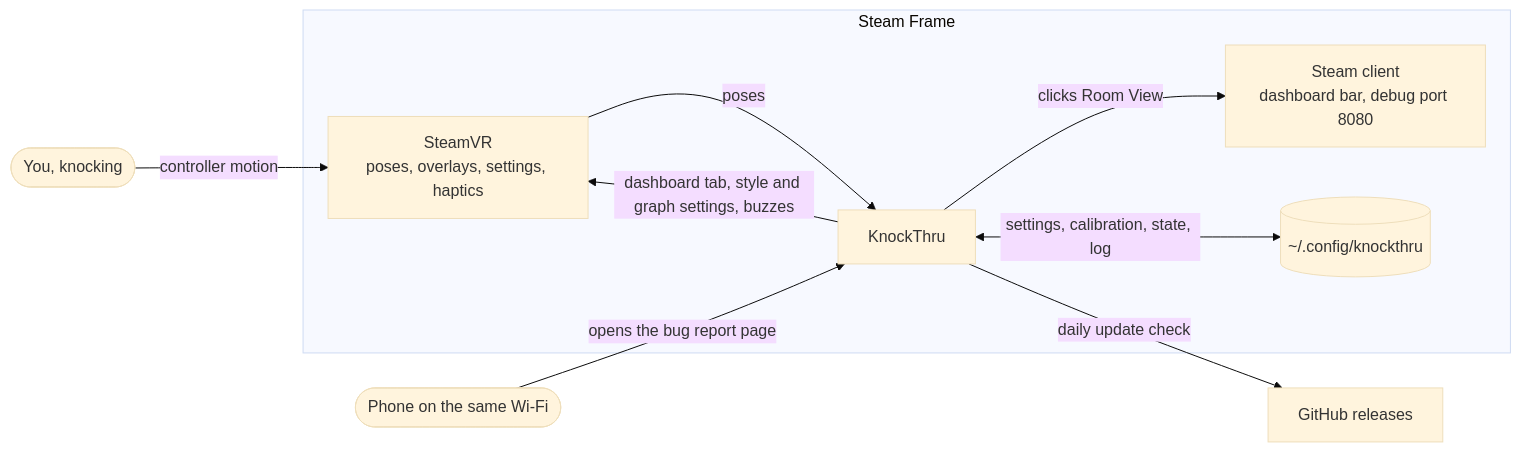
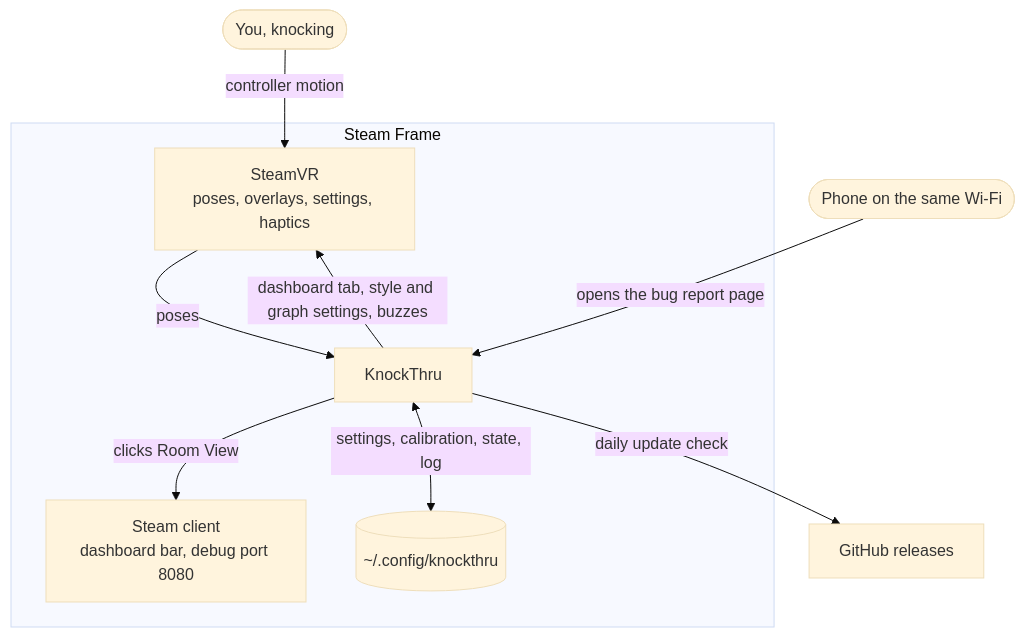
The first of 3 diagrams in docs/how-the-app-works.md (VioletTides/KnockThru), drawn with Mermaid (base theme) before and after one commit. The commit also changed other lines of this file, not shown here.

First line of the commit message:
Lay out the app diagrams for GitHub's renderer

````diff
--- a/docs/how-the-app-works.md
+++ b/docs/how-the-app-works.md
@@ -7,20 +7,20 @@
 ```mermaid
-flowchart LR
+flowchart TB
     you([You, knocking])
     subgraph frame [Steam Frame]
         steamvr[SteamVR<br/>poses, overlays, settings, haptics]
         kt[KnockThru]
         steam[Steam client<br/>dashboard bar, debug port 8080]
         files[(~/.config/knockthru)]
     end
     github[GitHub releases]
     phone([Phone on the same Wi-Fi])
 
     you -->|controller motion| steamvr
     steamvr -->|poses| kt
     kt -->|dashboard tab, style and graph settings, buzzes| steamvr
     kt -->|clicks Room View| steam
     kt <-->|settings, calibration, state, log| files
     kt -->|daily update check| github
     phone -->|opens the bug report page| kt
 ```
````
